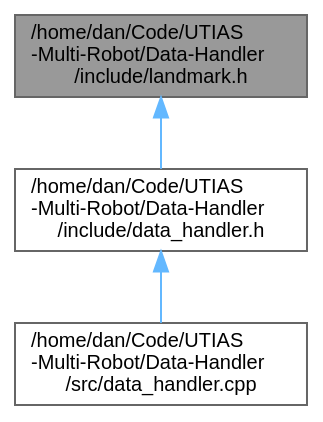
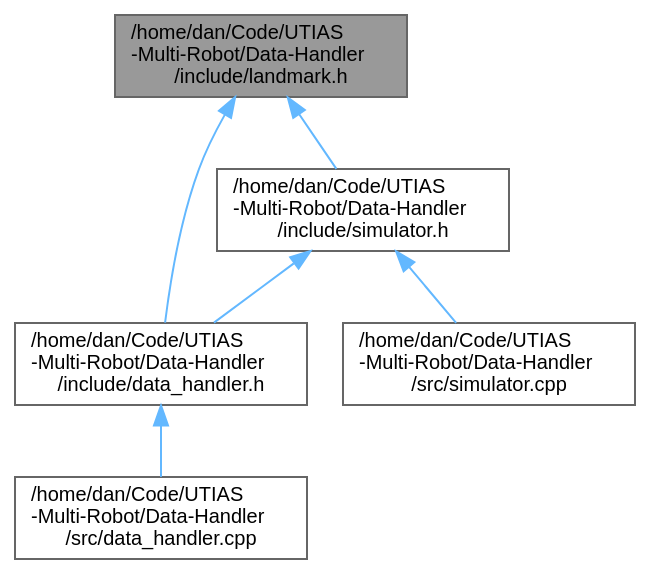
Before and after one commit to DanielIngham/Cooperative-Positioning-Data-Handler: the diagram in docs/landmark_8h__dep__incl.dot, drawn with Graphviz. The commit also changed 105 other files, not shown here.

```diff
--- a/docs/landmark_8h__dep__incl.dot
+++ b/docs/landmark_8h__dep__incl.dot
@@ -1,12 +1,17 @@
 digraph "/home/dan/Code/UTIAS-Multi-Robot/Data-Handler/include/landmark.h"
 {
  // LATEX_PDF_SIZE
   bgcolor="transparent";
   edge [fontname=Helvetica,fontsize=10,labelfontname=Helvetica,labelfontsize=10];
   node [fontname=Helvetica,fontsize=10,shape=box,height=0.2,width=0.4];
   Node1 [id="Node000001",label="/home/dan/Code/UTIAS\l-Multi-Robot/Data-Handler\l/include/landmark.h",height=0.2,width=0.4,color="gray40", fillcolor="grey60", style="filled", fontcolor="black",tooltip="Header file of the Landmark struct."];
   Node1 -> Node2 [id="edge1_Node000001_Node000002",dir="back",color="steelblue1",style="solid",tooltip=" "];
   Node2 [id="Node000002",label="/home/dan/Code/UTIAS\l-Multi-Robot/Data-Handler\l/include/data_handler.h",height=0.2,width=0.4,color="grey40", fillcolor="white", style="filled",URL="$data__handler_8h.html",tooltip=" "];
   Node2 -> Node3 [id="edge2_Node000002_Node000003",dir="back",color="steelblue1",style="solid",tooltip=" "];
   Node3 [id="Node000003",label="/home/dan/Code/UTIAS\l-Multi-Robot/Data-Handler\l/src/data_handler.cpp",height=0.2,width=0.4,color="grey40", fillcolor="white", style="filled",URL="$data__handler_8cpp.html",tooltip=" "];
+  Node1 -> Node4 [id="edge3_Node000001_Node000004",dir="back",color="steelblue1",style="solid",tooltip=" "];
+  Node4 [id="Node000004",label="/home/dan/Code/UTIAS\l-Multi-Robot/Data-Handler\l/include/simulator.h",height=0.2,width=0.4,color="grey40", fillcolor="white", style="filled",URL="$simulator_8h.html",tooltip="Header file of the Simulator class,."];
+  Node4 -> Node2 [id="edge4_Node000004_Node000002",dir="back",color="steelblue1",style="solid",tooltip=" "];
+  Node4 -> Node5 [id="edge5_Node000004_Node000005",dir="back",color="steelblue1",style="solid",tooltip=" "];
+  Node5 [id="Node000005",label="/home/dan/Code/UTIAS\l-Multi-Robot/Data-Handler\l/src/simulator.cpp",height=0.2,width=0.4,color="grey40", fillcolor="white", style="filled",URL="$simulator_8cpp.html",tooltip="Class implementation file responsible for simulating the data for multi-robot localisation and mappin..."];
 }
```
